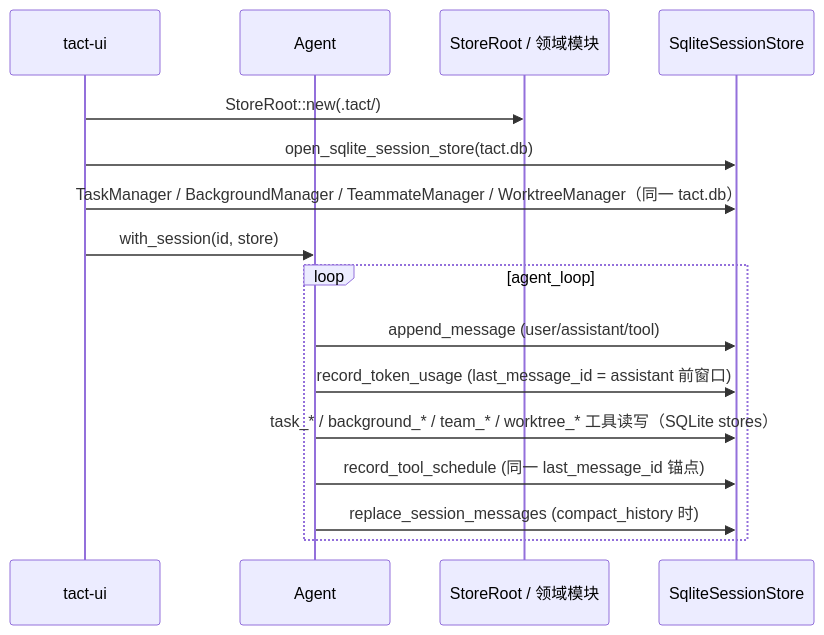
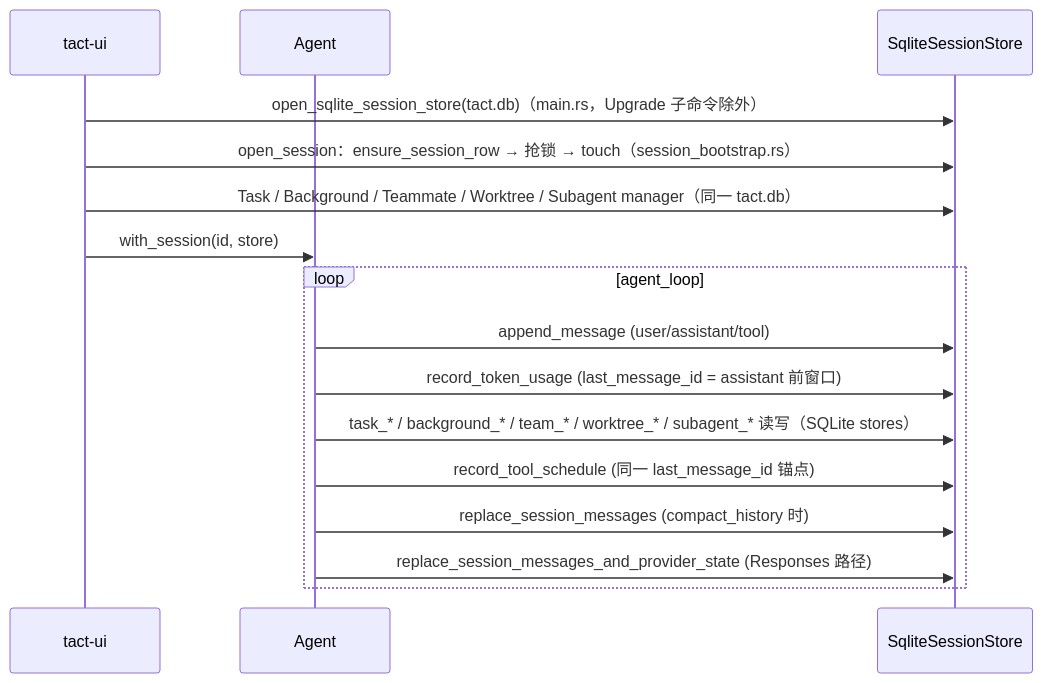
One commit to rust-infra/tact changed the second of 2 diagrams in book/01_chapter_store_zh.md. Above: the diagram before and after it, drawn with Mermaid. The commit also changed other lines of this file and 303 other files, not shown here.

````diff
--- a/book/01_chapter_store_zh.md
+++ b/book/01_chapter_store_zh.md
@@ -186,20 +187,20 @@
 ```mermaid
 sequenceDiagram
     participant TUI as tact-ui
     participant Agent
-    participant JSON as StoreRoot / 领域模块
     participant SQL as SqliteSessionStore
 
-    TUI->>JSON: StoreRoot::new(.tact/)
-    TUI->>SQL: open_sqlite_session_store(tact.db)
-    TUI->>SQL: TaskManager / BackgroundManager / TeammateManager / WorktreeManager（同一 tact.db）
+    TUI->>SQL: open_sqlite_session_store(tact.db)（main.rs，Upgrade 子命令除外）
+    TUI->>SQL: open_session：ensure_session_row → 抢锁 → touch（session_bootstrap.rs）
+    TUI->>SQL: Task / Background / Teammate / Worktree / Subagent manager（同一 tact.db）
     TUI->>Agent: with_session(id, store)
 
     loop agent_loop
         Agent->>SQL: append_message (user/assistant/tool)
         Agent->>SQL: record_token_usage (last_message_id = assistant 前窗口)
-        Agent->>SQL: task_* / background_* / team_* / worktree_* 工具读写（SQLite stores）
+        Agent->>SQL: task_* / background_* / team_* / worktree_* / subagent_* 读写（SQLite stores）
         Agent->>SQL: record_tool_schedule (同一 last_message_id 锚点)
         Agent->>SQL: replace_session_messages (compact_history 时)
+        Agent->>SQL: replace_session_messages_and_provider_state (Responses 路径)
     end
 ```
````
